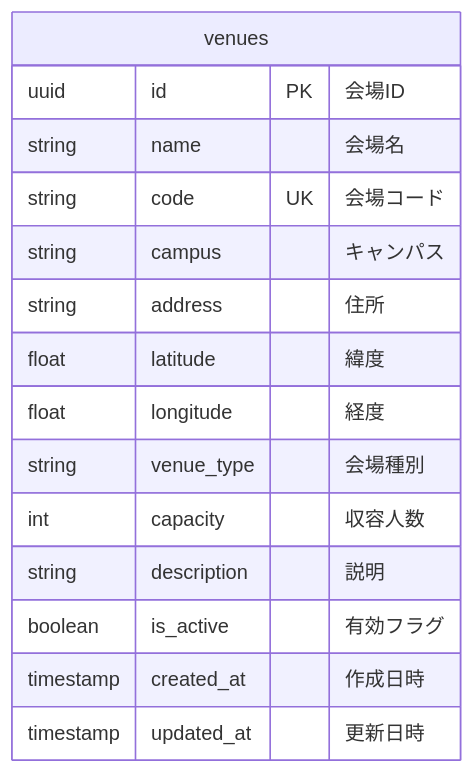
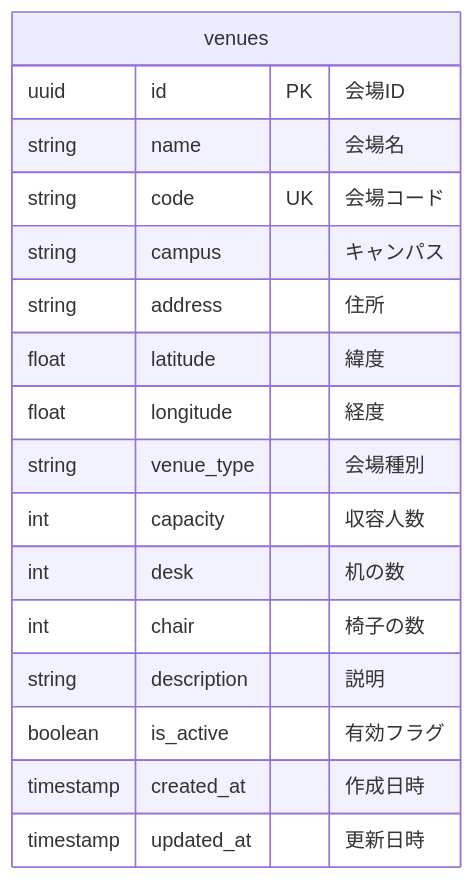
One commit to NowatariSoma/tomosigoto_nou_system changed the diagram in tickets/phase_1/backend/BACK-DB-001/BACK-DB-001.4/README.md. Above: the diagram before and after it, drawn with Mermaid.

Commit message:
[FEAT] 机、椅子の数入れた

````diff
--- a/tickets/phase_1/backend/BACK-DB-001/BACK-DB-001.4/README.md
+++ b/tickets/phase_1/backend/BACK-DB-001/BACK-DB-001.4/README.md
@@ -46,18 +46,20 @@
 ```mermaid
 erDiagram
     venues {
         uuid id PK "会場ID"
         string name "会場名"
         string code UK "会場コード"
         string campus "キャンパス"
         string address "住所"
         float latitude "緯度"
         float longitude "経度"
         string venue_type "会場種別"
         int capacity "収容人数"
+        int desk "机の数"
+        int chair "椅子の数"
         string description "説明"
         boolean is_active "有効フラグ"
         timestamp created_at "作成日時"
         timestamp updated_at "更新日時"
     }
 ```
````
